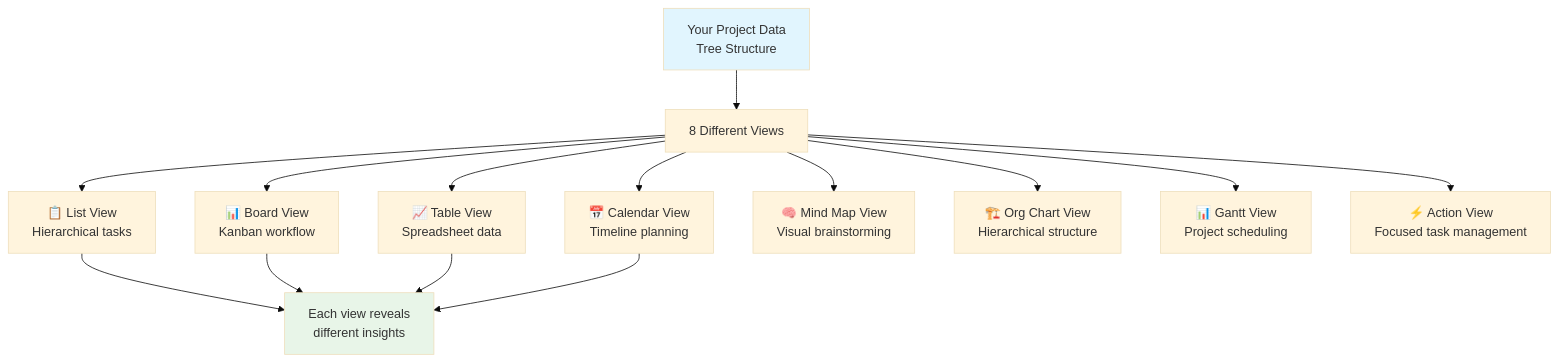
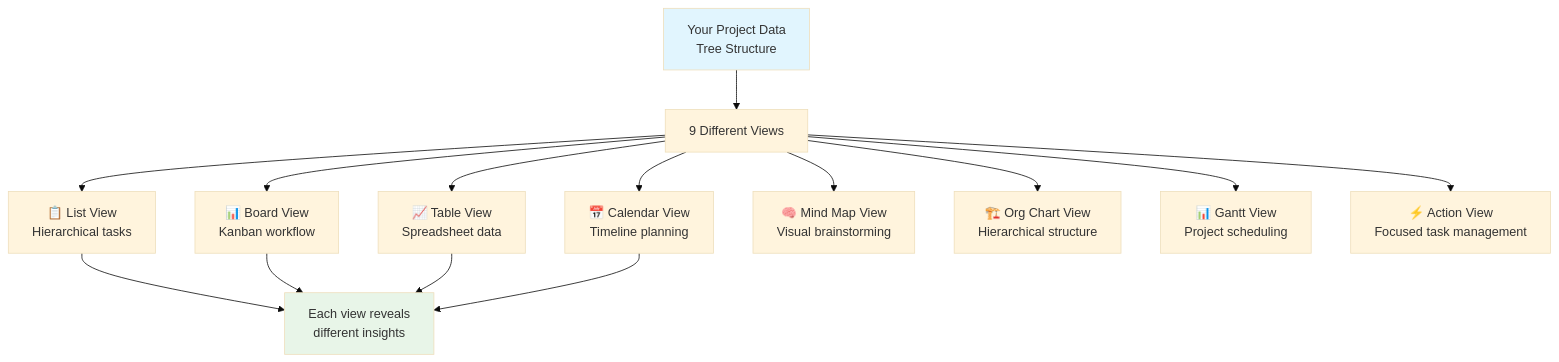
The diagram in help-and-support/index/02_projects.md (taskade/docs), drawn with Mermaid (base theme) before and after one commit. The commit also changed other lines of this file and 17 other files, not shown here.

````diff
--- a/help-and-support/index/02_projects.md
+++ b/help-and-support/index/02_projects.md
@@ -27,21 +27,21 @@
 ```mermaid
 flowchart TD
-    DATA[Your Project Data<br/>Tree Structure] --> VIEWS[8 Different Views]
+    DATA[Your Project Data<br/>Tree Structure] --> VIEWS[9 Different Views]
 
     VIEWS --> LIST[📋 List View<br/>Hierarchical tasks]
     VIEWS --> BOARD[📊 Board View<br/>Kanban workflow]
     VIEWS --> TABLE[📈 Table View<br/>Spreadsheet data]
     VIEWS --> CALENDAR[📅 Calendar View<br/>Timeline planning]
     VIEWS --> MIND[🧠 Mind Map View<br/>Visual brainstorming]
     VIEWS --> ORG[🏗️ Org Chart View<br/>Hierarchical structure]
     VIEWS --> GANTT[📊 Gantt View<br/>Project scheduling]
     VIEWS --> ACTION[⚡ Action View<br/>Focused task management]
 
     LIST --> INSIGHT[Each view reveals<br/>different insights]
     BOARD --> INSIGHT
     TABLE --> INSIGHT
     CALENDAR --> INSIGHT
 
     style DATA fill:#e1f5fe
     style INSIGHT fill:#e8f5e8
 ```
````
